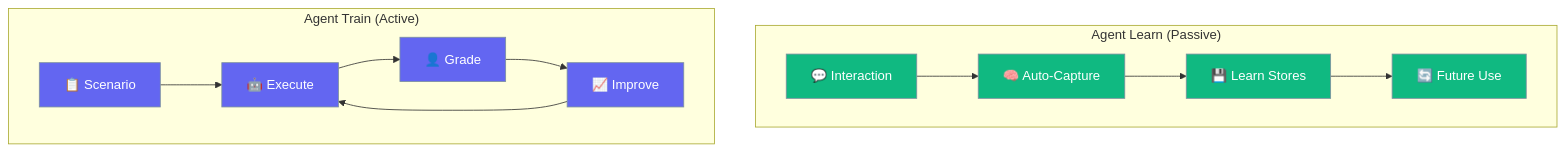
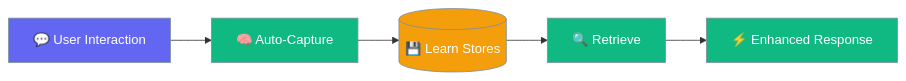
The first of 6 diagrams in docs/concepts/learn-vs-train.mdx (MervinPraison/PraisonAIDocs), drawn with Mermaid before and after one commit. The commit also changed other lines of this file, not shown here.

Commit message:
Make Learn vs Train diagrams larger and more readable

````diff
--- a/docs/concepts/learn-vs-train.mdx
+++ b/docs/concepts/learn-vs-train.mdx
@@ -10,23 +14,15 @@
 ```mermaid
-graph TB
-    subgraph "Agent Learn (Passive)"
-        direction LR
-        L1[💬 Interaction] --> L2[🧠 Auto-Capture]
-        L2 --> L3[💾 Learn Stores]
-        L3 --> L4[🔄 Future Use]
-    end
+graph LR
+    I[💬 User Interaction] --> C[🧠 Auto-Capture]
+    C --> S[(💾 Learn Stores)]
+    S --> R[🔍 Retrieve]
+    R --> E[⚡ Enhanced Response]
     
-    subgraph "Agent Train (Active)"
-        direction LR
-        T1[📋 Scenario] --> T2[🤖 Execute]
-        T2 --> T3[👤 Grade]
-        T3 --> T4[📈 Improve]
-        T4 --> T2
-    end
+    classDef input fill:#6366F1,stroke:#7C90A0,color:#fff
+    classDef process fill:#10B981,stroke:#7C90A0,color:#fff
+    classDef store fill:#F59E0B,stroke:#7C90A0,color:#fff
     
-    classDef passive fill:#10B981,stroke:#7C90A0,color:#fff
-    classDef active fill:#6366F1,stroke:#7C90A0,color:#fff
-    
-    class L1,L2,L3,L4 passive
-    class T1,T2,T3,T4 active
+    class I input
+    class C,R,E process
+    class S store
 ```
````
